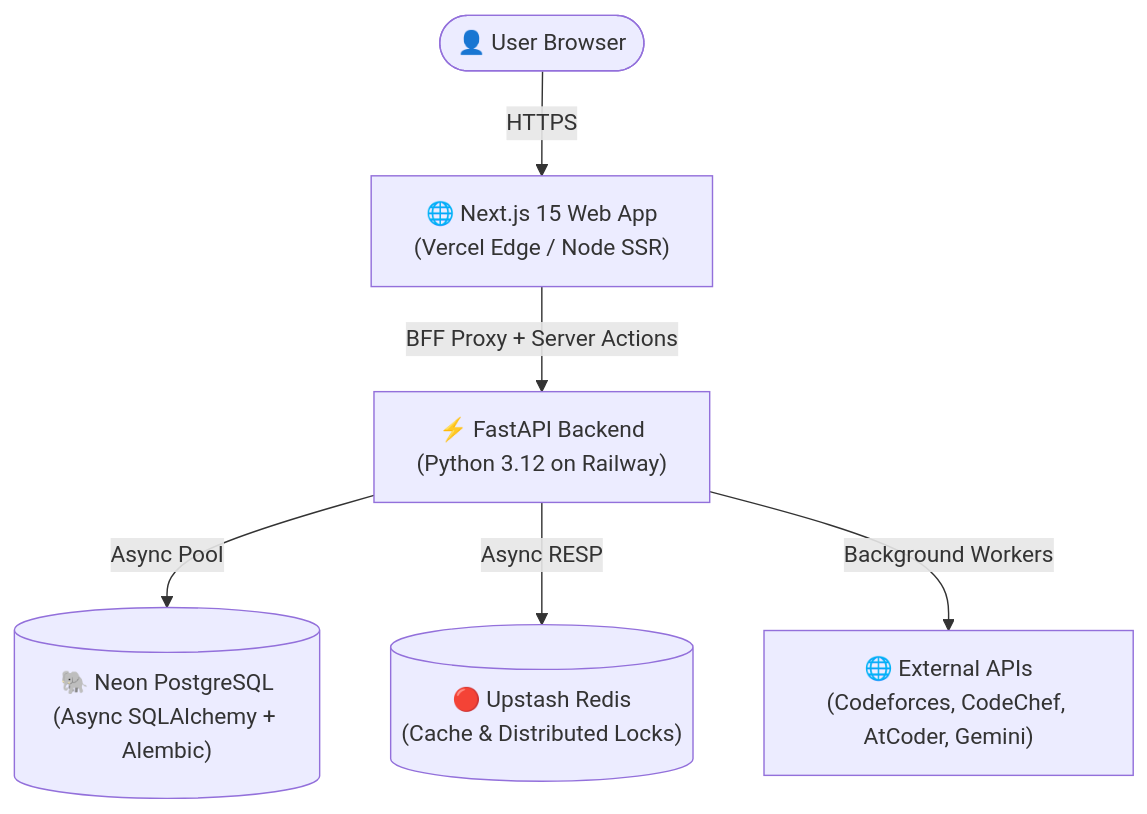
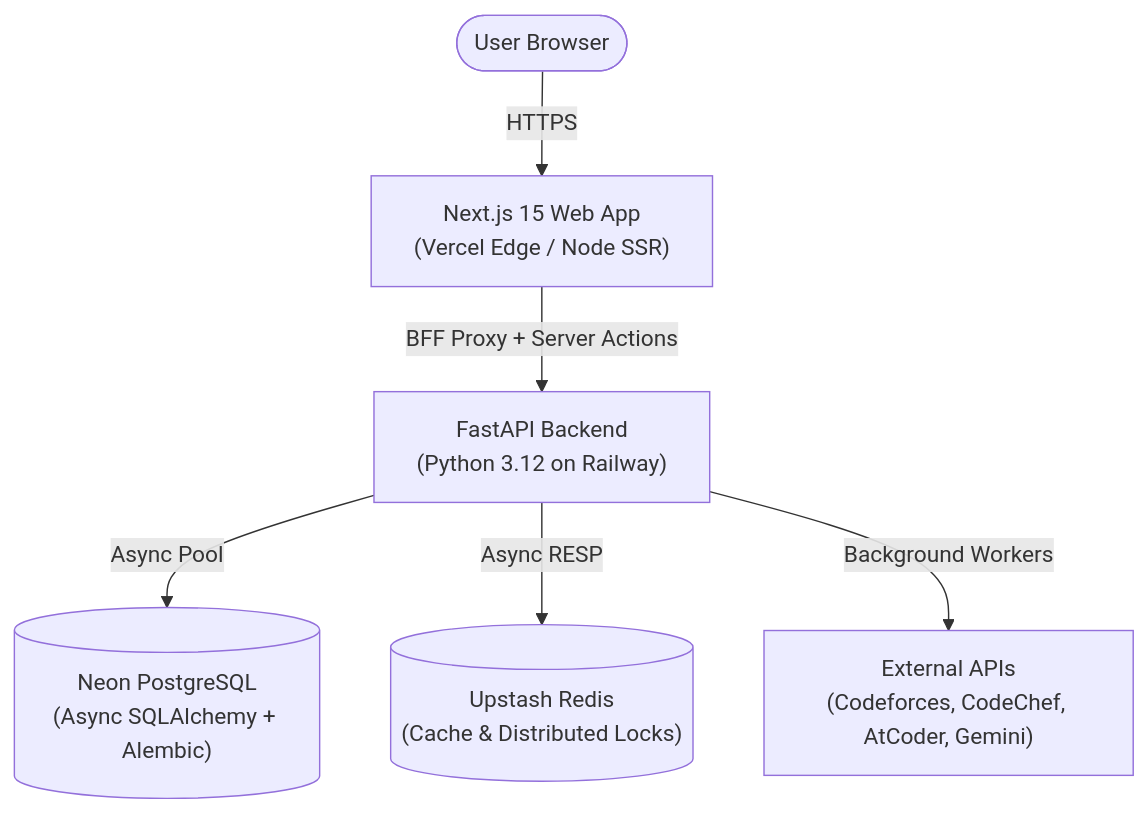
Before and after one commit to ElectroBoy0/nova-cp: the diagram in README.md, drawn with Mermaid. The commit also changed other lines of this file and 5 other files, not shown here.

Commit message:
docs: humanize markdown documentation and align with latest architecture

````diff
--- a/README.md
+++ b/README.md
@@ -45,15 +45,15 @@
 ```mermaid
 graph TD
-    User([👤 User Browser])
-    Vercel["🌐 Next.js 15 Web App<br/>(Vercel Edge / Node SSR)"]
-    FastAPI["⚡ FastAPI Backend<br/>(Python 3.12 on Railway)"]
-    Neon[("🐘 Neon PostgreSQL<br/>(Async SQLAlchemy + Alembic)")]
-    Upstash[("🔴 Upstash Redis<br/>(Cache & Distributed Locks)")]
-    CF["🌐 External APIs<br/>(Codeforces, CodeChef, AtCoder, Gemini)"]
+    User([User Browser])
+    Vercel["Next.js 15 Web App<br/>(Vercel Edge / Node SSR)"]
+    FastAPI["FastAPI Backend<br/>(Python 3.12 on Railway)"]
+    Neon[("Neon PostgreSQL<br/>(Async SQLAlchemy + Alembic)")]
+    Upstash[("Upstash Redis<br/>(Cache & Distributed Locks)")]
+    CF["External APIs<br/>(Codeforces, CodeChef, AtCoder, Gemini)"]
 
     User -->|HTTPS| Vercel
     Vercel -->|BFF Proxy + Server Actions| FastAPI
     FastAPI -->|Async Pool| Neon
     FastAPI -->|Async RESP| Upstash
     FastAPI -->|Background Workers| CF
 ```
````
